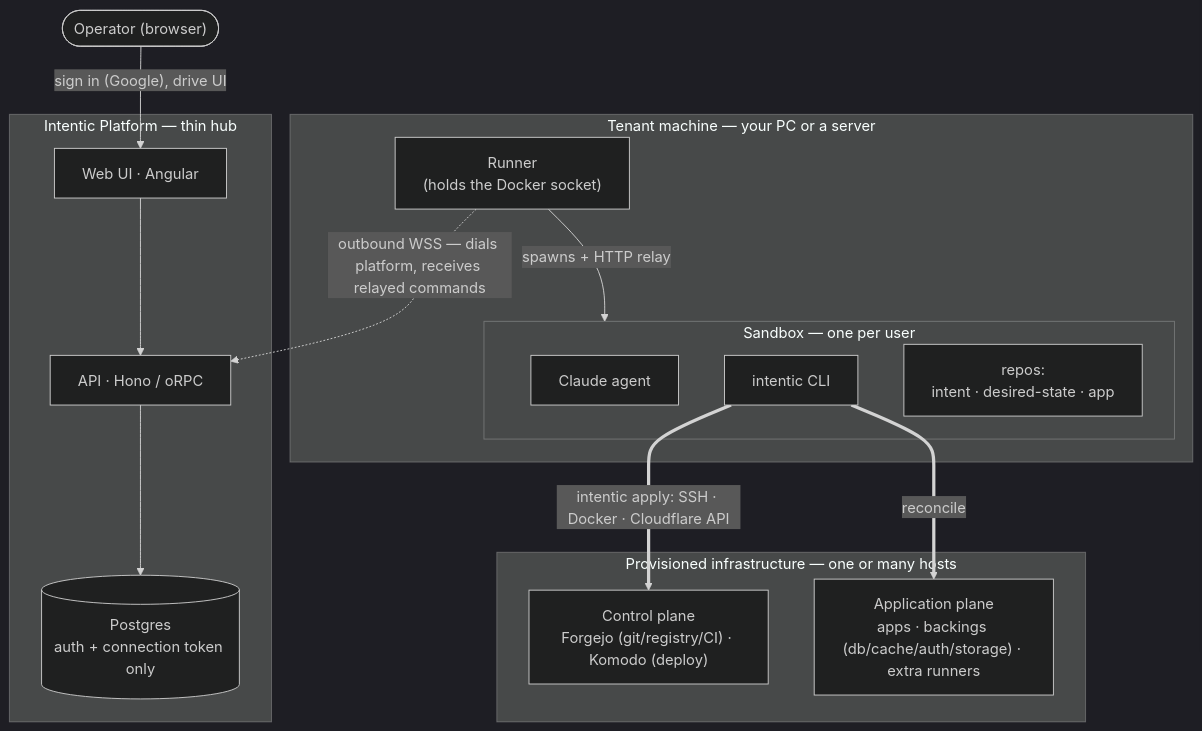
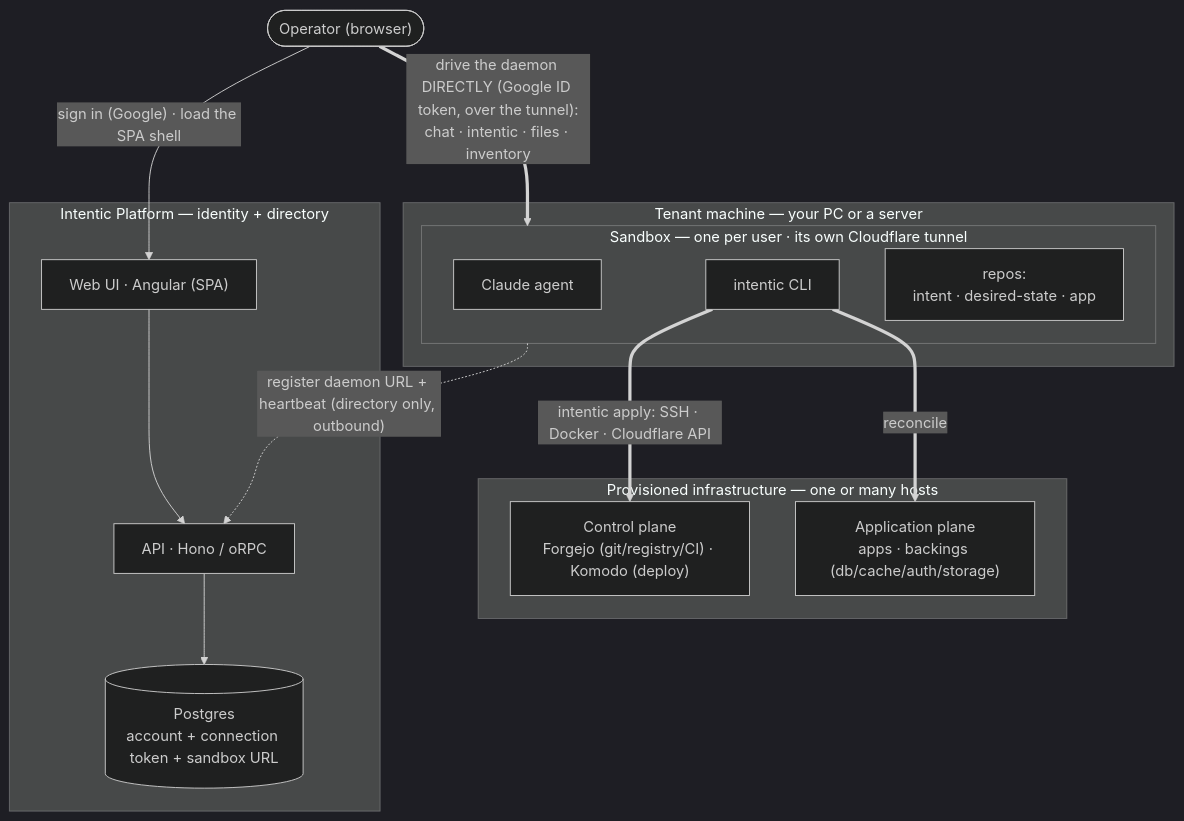
Before and after one commit to radarsu/intentic: the first of 2 diagrams in ARCHITECTURE.md, drawn with Mermaid (dark theme). The commit also changed other lines of this file and 20 other files, not shown here.

````diff
--- a/ARCHITECTURE.md
+++ b/ARCHITECTURE.md
@@ -13,31 +14,30 @@
 ```mermaid
 flowchart TB
     operator(["Operator (browser)"])
 
-    subgraph cloud["Intentic Platform — thin hub"]
-        web["Web UI · Angular"]
+    subgraph cloud["Intentic Platform — identity + directory"]
+        web["Web UI · Angular (SPA)"]
         api["API · Hono / oRPC"]
-        db[("Postgres<br/>auth + connection token only")]
+        db[("Postgres<br/>account + connection token + sandbox URL")]
         web --> api --> db
     end
 
     subgraph tenant["Tenant machine — your PC or a server"]
-        runner["Runner<br/>(holds the Docker socket)"]
-        subgraph sandbox["Sandbox — one per user"]
+        subgraph sandbox["Sandbox — one per user · its own Cloudflare tunnel"]
             agent["Claude agent"]
             cli["intentic CLI"]
             repos["repos:<br/>intent · desired-state · app"]
         end
-        runner -->|spawns + HTTP relay| sandbox
     end
 
     subgraph infra["Provisioned infrastructure — one or many hosts"]
         cp["Control plane<br/>Forgejo (git/registry/CI) · Komodo (deploy)"]
-        appplane["Application plane<br/>apps · backings (db/cache/auth/storage) · extra runners"]
+        appplane["Application plane<br/>apps · backings (db/cache/auth/storage)"]
     end
 
-    operator -->|"sign in (Google), drive UI"| web
-    runner -. "outbound WSS — dials platform, receives relayed commands" .-> api
+    operator -->|"sign in (Google) · load the SPA shell"| web
+    operator ==>|"drive the daemon DIRECTLY (Google ID token, over the tunnel):<br/>chat · intentic · files · inventory"| sandbox
+    sandbox -. "register daemon URL + heartbeat (directory only, outbound)" .-> api
     cli ==>|"intentic apply: SSH · Docker · Cloudflare API"| cp
     cli ==>|reconcile| appplane
 ```
````
